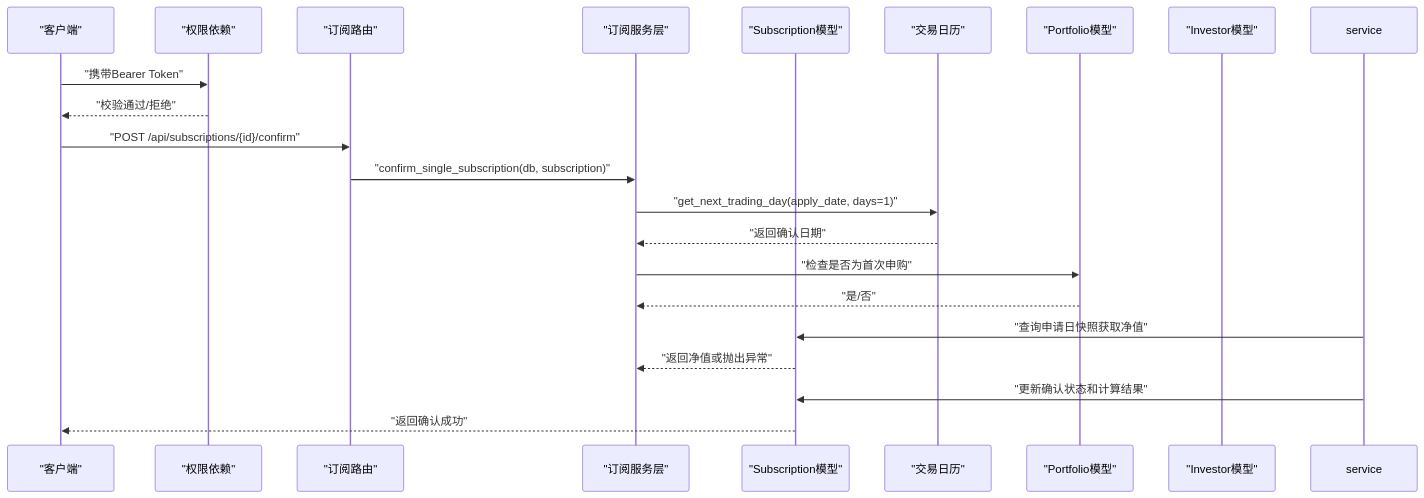
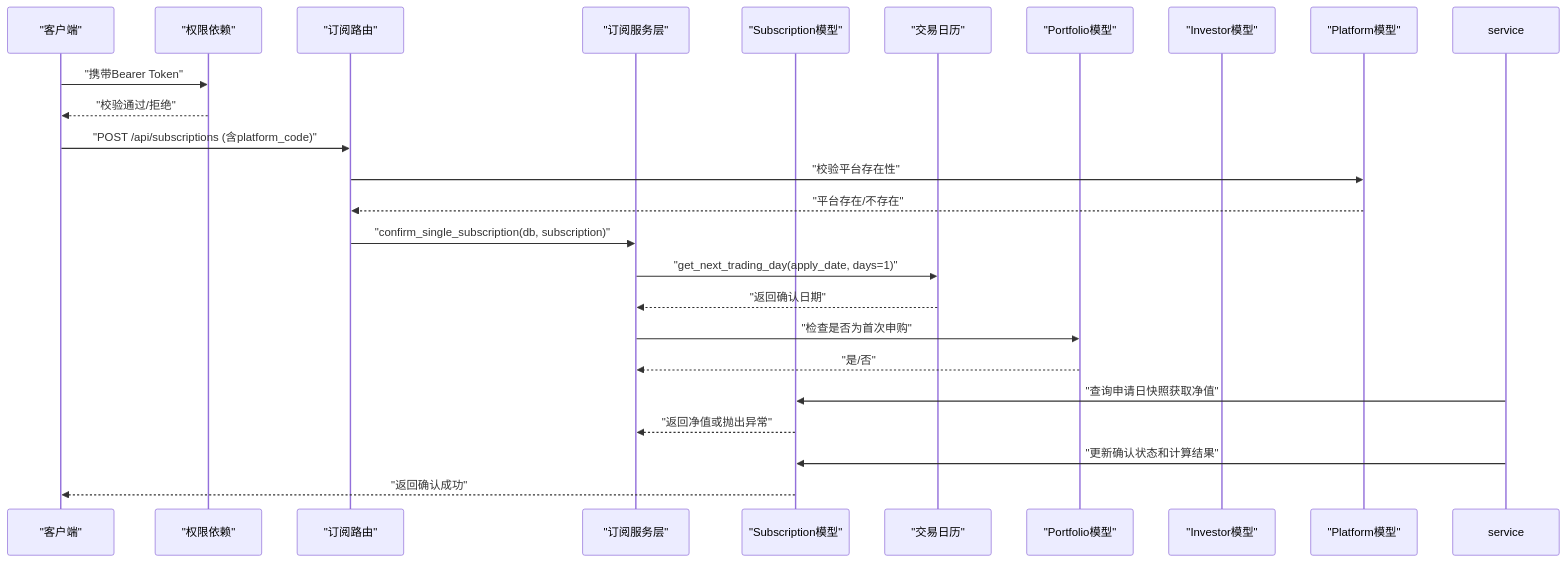
One commit to gujialind/InvestRing changed the third of 8 diagrams in .qoder/repowiki/zh/content/后端API文档/申购赎回API.md. Above: the diagram before and after it, drawn with Mermaid. The commit also changed other lines of this file and 42 other files, not shown here.

````diff
--- a/.qoder/repowiki/zh/content/后端API文档/申购赎回API.md
+++ b/.qoder/repowiki/zh/content/后端API文档/申购赎回API.md
@@ -166,23 +191,26 @@
 ```mermaid
 sequenceDiagram
 participant 客户端 as "客户端"
 participant 认证 as "权限依赖"
 participant 路由 as "订阅路由"
 participant 服务 as "订阅服务层"
 participant 模型 as "Subscription模型"
 participant 日历 as "交易日历"
 participant 组合 as "Portfolio模型"
 participant 投资者 as "Investor模型"
+participant 平台 as "Platform模型"
 客户端->>认证 : "携带Bearer Token"
 认证-->>客户端 : "校验通过/拒绝"
-客户端->>路由 : "POST /api/subscriptions/{id}/confirm"
+客户端->>路由 : "POST /api/subscriptions (含platform_code)"
+路由->>平台 : "校验平台存在性"
+平台-->>路由 : "平台存在/不存在"
 路由->>服务 : "confirm_single_subscription(db, subscription)"
 服务->>日历 : "get_next_trading_day(apply_date, days=1)"
 日历-->>服务 : "返回确认日期"
 服务->>组合 : "检查是否为首次申购"
 组合-->>服务 : "是/否"
 service->>模型 : "查询申请日快照获取净值"
 模型-->>服务 : "返回净值或抛出异常"
 service->>模型 : "更新确认状态和计算结果"
 模型-->>客户端 : "返回确认成功"
 ```
````
